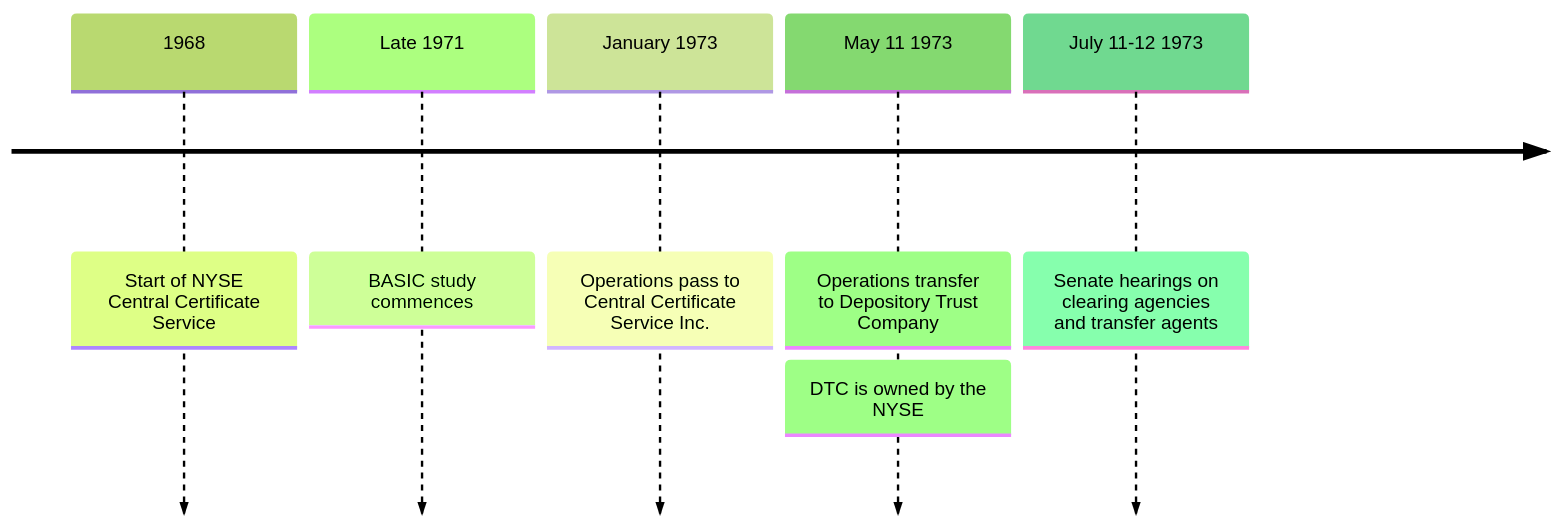
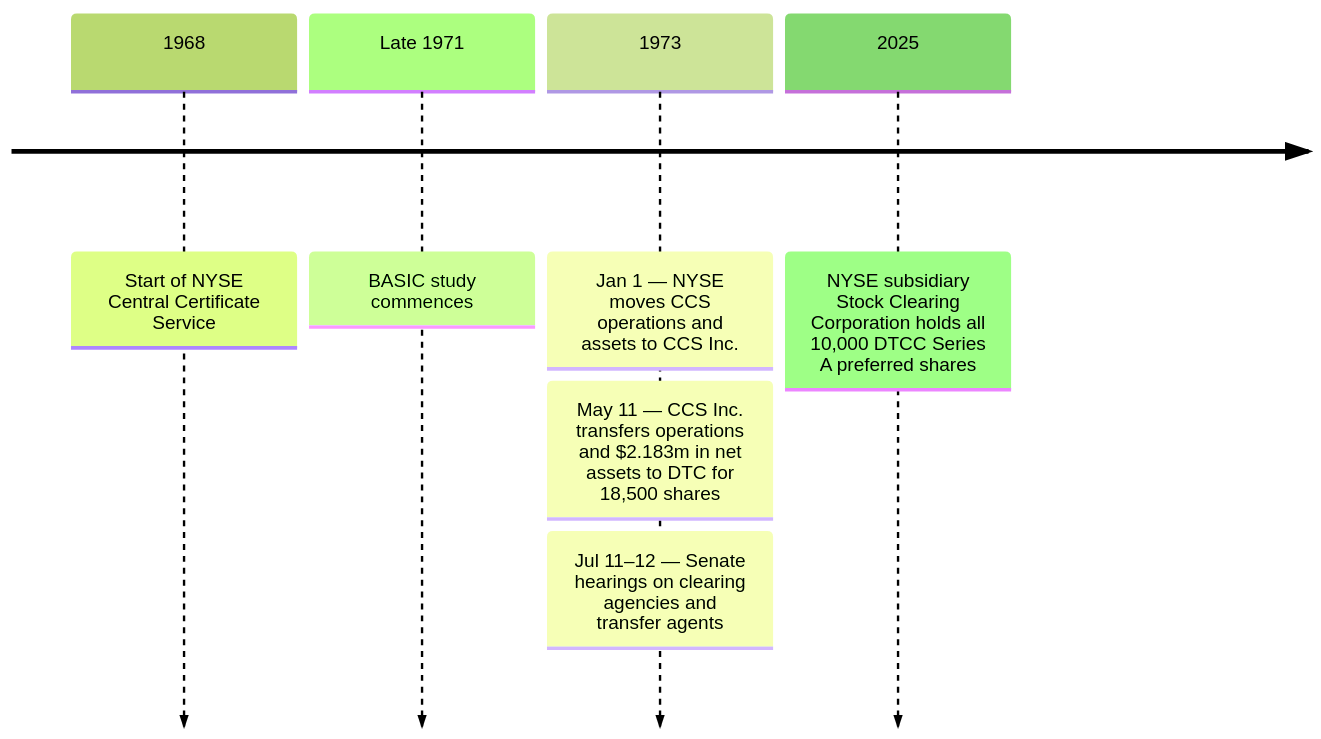
One commit to blocktransfer/TAD1 changed the diagram in README.md. Above: the diagram before and after it, drawn with Mermaid (forest theme). The commit also changed other lines of this file, not shown here.

Commit message:
🖋️ Consolidate DTC's 1973 timeline and trace NYSE ownership
Combine the January 1 and May 11 transfers with July hearings under one 1973 milestone, specifying the $2.183 million in net assets and 18,500 DTC shares. Add the NYSE subsidiary's documented 2025 holding of all 10,000 DTCC Series A preferred shares and concise primary-source citations, preserving the existing earlier milestones.

````diff
--- a/README.md
+++ b/README.md
@@ -6,8 +6,9 @@
 ```mermaid
 timeline
     1968 : Start of NYSE Central Certificate Service
     Late 1971 : BASIC study commences
-    January 1973 : Operations pass to Central Certificate Service Inc.
-    May 11 1973 : Operations transfer to Depository Trust Company : DTC is owned by the NYSE
-    July 11-12 1973 : Senate hearings on clearing agencies and transfer agents
+    1973 : Jan 1 — NYSE moves CCS operations and assets to CCS Inc.
+         : May 11 — CCS Inc. transfers operations and $2.183m in net assets to DTC for 18,500 shares
+         : Jul 11–12 — Senate hearings on clearing agencies and transfer agents
+    2025 : NYSE subsidiary Stock Clearing Corporation holds all 10,000 DTCC Series A preferred shares
 ```
````
